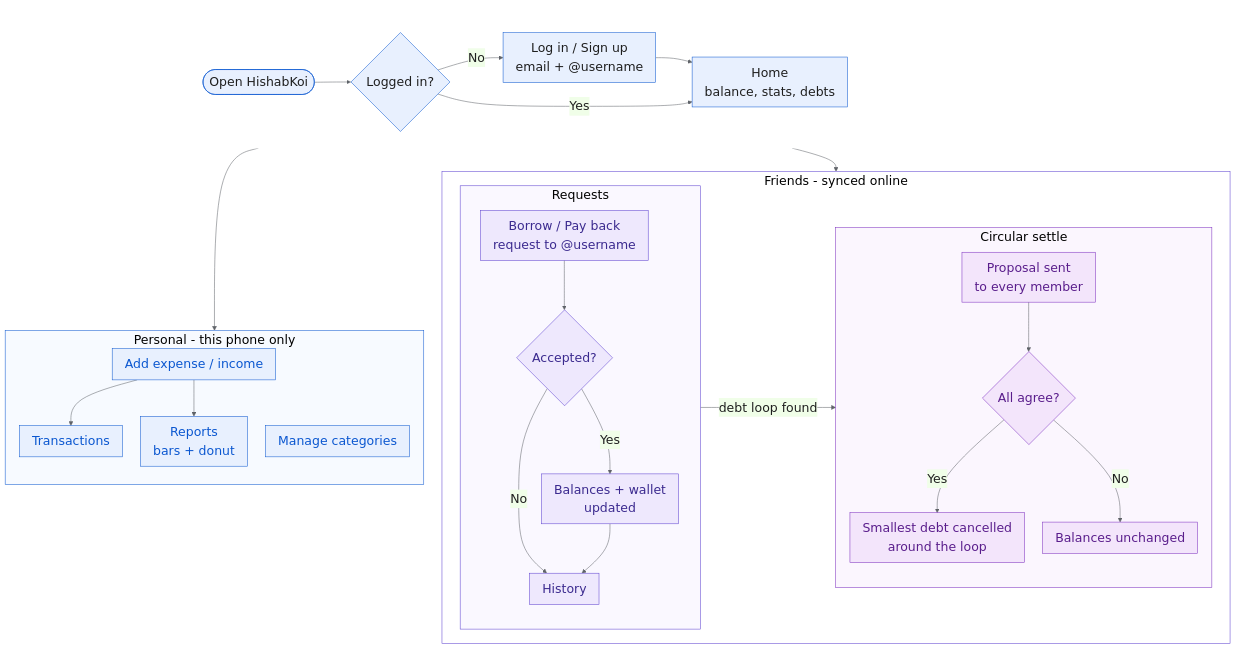
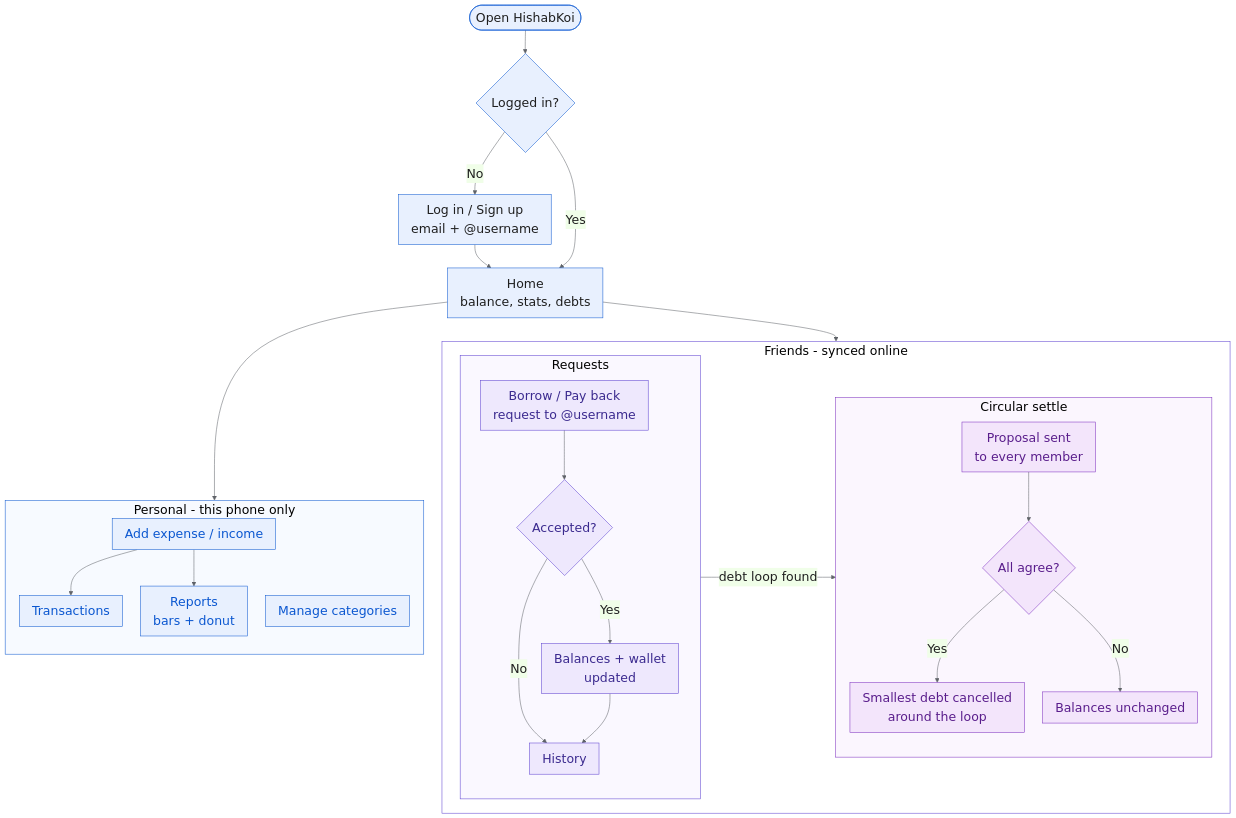
Before and after one commit to Mahin7773/HishabKoi: the diagram in docs/flowchart.mmd, drawn with Mermaid. The commit also changed other lines of this file and 1 other file, not shown here.

Commit message:
Start flowchart branch arrows from the Home box

```diff
--- a/docs/flowchart.mmd
+++ b/docs/flowchart.mmd
@@ -1,51 +1,47 @@
 %%{init: {'theme':'base','themeVariables':{'primaryColor':'#E8F0FE','primaryBorderColor':'#0B57D0','primaryTextColor':'#1F1F1F','lineColor':'#5F6368','fontFamily':'Segoe UI, Arial','fontSize':'24px'}, 'flowchart':{'wrappingWidth':300,'nodeSpacing':35,'rankSpacing':45,'padding':12}}}%%
 flowchart TD
-    subgraph S [" "]
-        direction LR
-        A([Open HishabKoi]) --> B{Logged in?}
-        B -- No --> C[Log in / Sign up<br/>email + @username]
-        C --> D
-        B -- Yes --> D[Home<br/>balance, stats, debts]
-    end
+    A([Open HishabKoi]) --> B{Logged in?}
+    B -- No --> C[Log in / Sign up<br/>email + @username]
+    C --> D
+    B -- Yes --> D[Home<br/>balance, stats, debts]
 
-    S --> PS
-    S --> W
+    D --> PS
+    D --> W
 
     subgraph PS [Personal - this phone only]
         direction TB
         P1[Add expense / income] --> P2[Transactions]
         P1 --> P3[Reports<br/>bars + donut]
         P1 ~~~ P4[Manage categories]
     end
 
     subgraph W [Friends - synced online]
     direction LR
     subgraph FS [Requests]
         direction TB
         F1[Borrow / Pay back<br/>request to @username] --> F2{Accepted?}
         F2 -- No --> F5[History]
         F2 -- Yes --> F3[Balances + wallet<br/>updated]
         F3 --> F5
     end
 
     FS -- debt loop found --> LP
 
     subgraph LP [Circular settle]
         direction TB
         L1[Proposal sent<br/>to every member] --> L2{All agree?}
         L2 -- Yes --> L3[Smallest debt cancelled<br/>around the loop]
         L2 -- No --> L4[Balances unchanged]
     end
     end
 
     classDef personal fill:#E8F0FE,stroke:#0B57D0,color:#0B57D0
     classDef friends fill:#EEE8FD,stroke:#5B3FD0,color:#3B2A8F
     classDef loop fill:#F3E5FB,stroke:#7B2CBF,color:#5A1E8C
     class P1,P2,P3,P4 personal
     class F1,F2,F3,F5 friends
     class L1,L2,L3,L4 loop
     style W fill:#FFFFFF,stroke:#5B3FD0
-    style S fill:#FFFFFF,stroke:#FFFFFF
     style PS fill:#F7FAFF,stroke:#0B57D0
     style FS fill:#FAF8FF,stroke:#5B3FD0
     style LP fill:#FBF6FE,stroke:#7B2CBF
```
